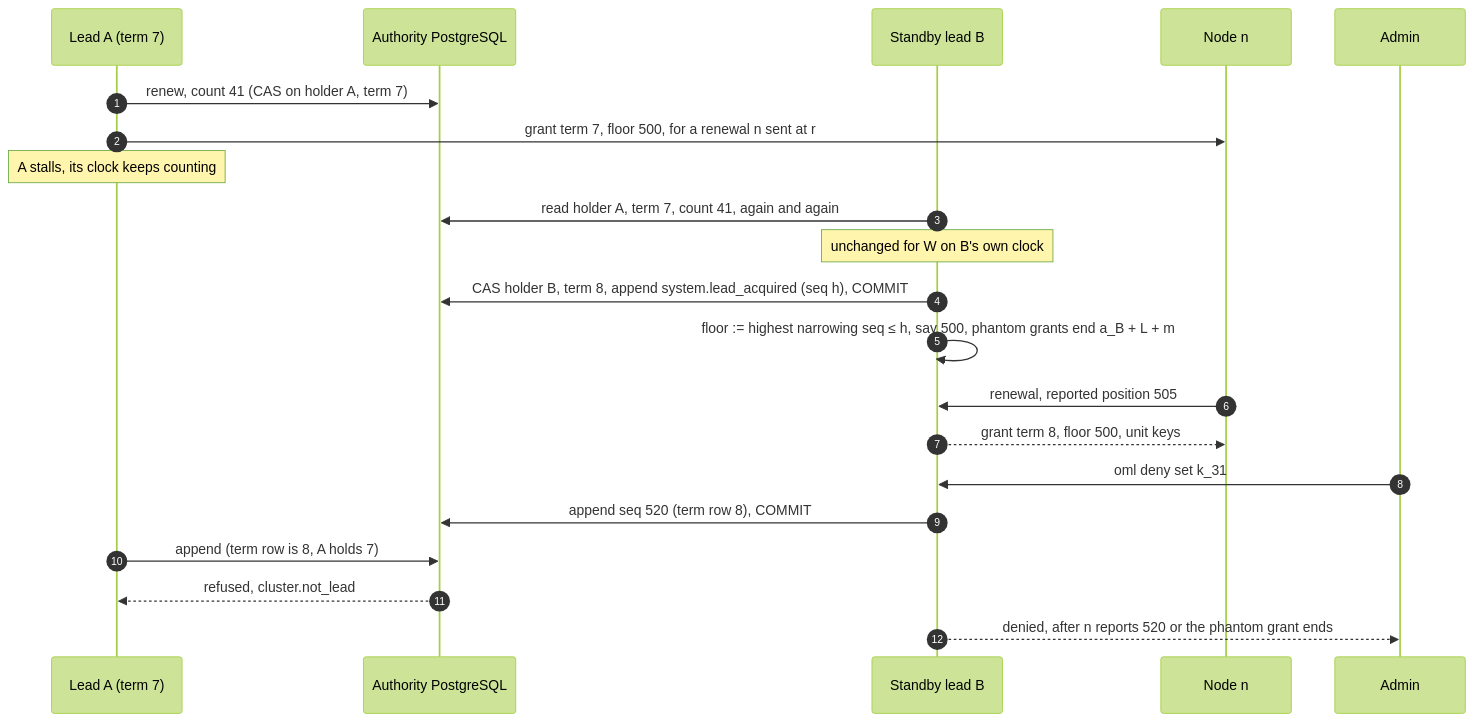
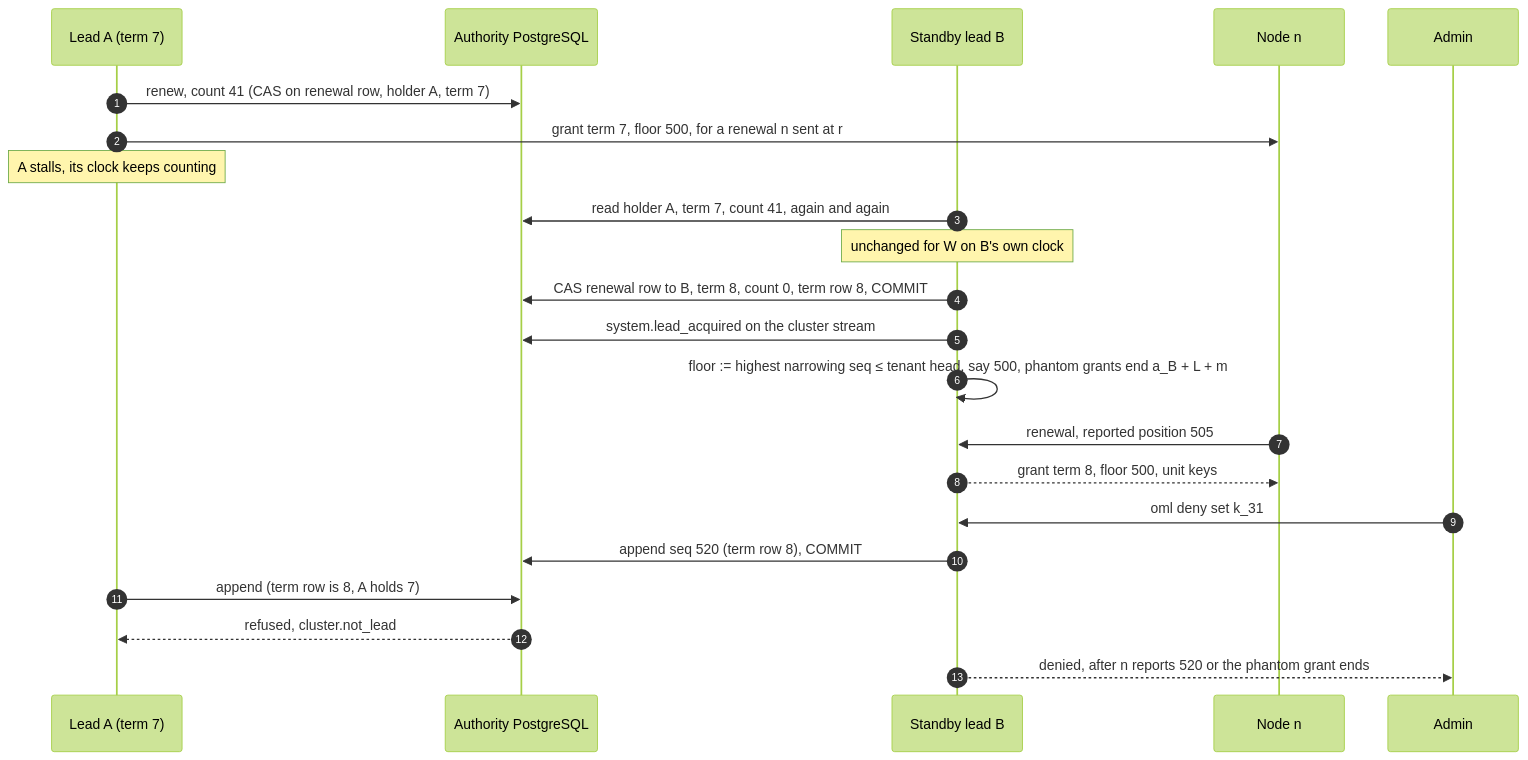
One commit to e8kor/open-memory-lab changed the fourth of 4 diagrams in docs/adr/ADR-0073-a-leader-signs-every-write-and-nodes-serve-the-workareas-placed-on-them-each-read-routed-to-the-closest-less-busy-replica-fresh-enough-for-it.md. Above: the diagram before and after it, drawn with Mermaid (forest theme). The commit also changed other lines of this file, not shown here.

First line of the commit message:
ADR-0073 round 3: a new term per process start, a renewal row apart from the term row, and the send check at every node that sends an answer

````diff
--- a/docs/adr/ADR-0073-a-leader-signs-every-write-and-nodes-serve-the-workareas-placed-on-them-each-read-routed-to-the-closest-less-busy-replica-fresh-enough-for-it.md
+++ b/docs/adr/ADR-0073-a-leader-signs-every-write-and-nodes-serve-the-workareas-placed-on-them-each-read-routed-to-the-closest-less-busy-replica-fresh-enough-for-it.md
@@ -537,23 +661,24 @@
 ```mermaid
 sequenceDiagram
     autonumber
     participant A as Lead A (term 7)
     participant DB as Authority PostgreSQL
     participant B as Standby lead B
     participant N as Node n
     participant Ad as Admin
-    A->>DB: renew, count 41 (CAS on holder A, term 7)
+    A->>DB: renew, count 41 (CAS on renewal row, holder A, term 7)
     A->>N: grant term 7, floor 500, for a renewal n sent at r
     Note over A: A stalls, its clock keeps counting
     B->>DB: read holder A, term 7, count 41, again and again
     Note over B: unchanged for W on B's own clock
-    B->>DB: CAS holder B, term 8, append system.lead_acquired (seq h), COMMIT
-    B->>B: floor := highest narrowing seq ≤ h, say 500, phantom grants end a_B + L + m
+    B->>DB: CAS renewal row to B, term 8, count 0, term row 8, COMMIT
+    B->>DB: system.lead_acquired on the cluster stream
+    B->>B: floor := highest narrowing seq ≤ tenant head, say 500, phantom grants end a_B + L + m
     N->>B: renewal, reported position 505
     B-->>N: grant term 8, floor 500, unit keys
     Ad->>B: oml deny set k_31
     B->>DB: append seq 520 (term row 8), COMMIT
     A->>DB: append (term row is 8, A holds 7)
     DB-->>A: refused, cluster.not_lead
     B-->>Ad: denied, after n reports 520 or the phantom grant ends
 ```
````
